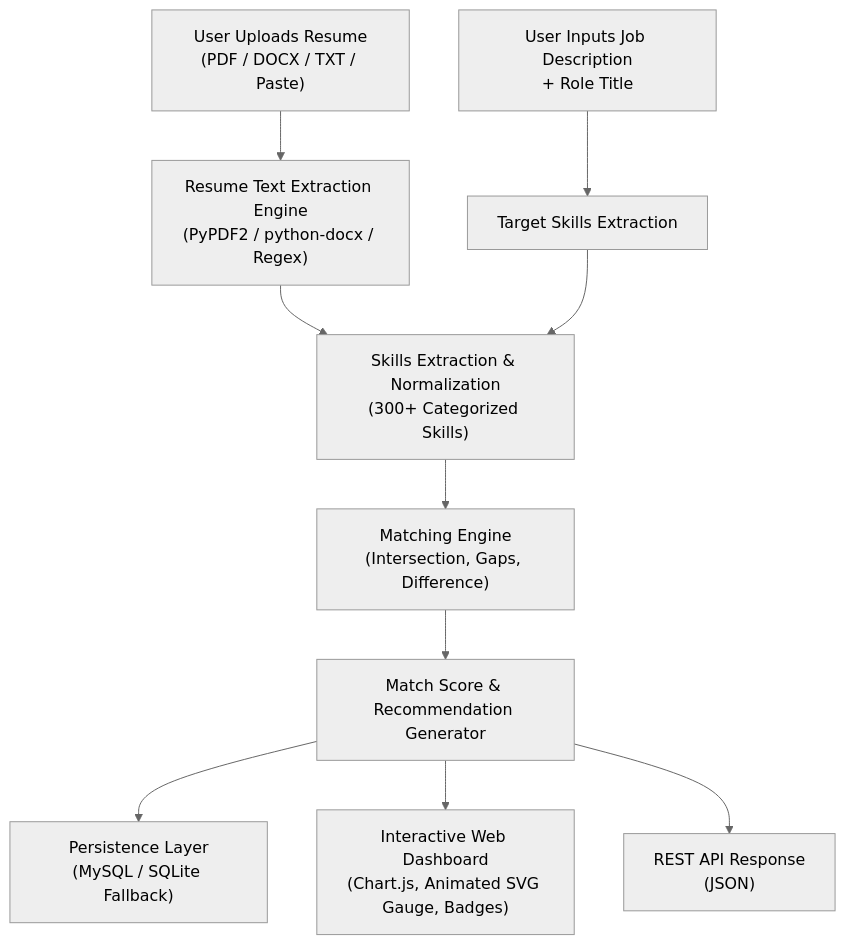
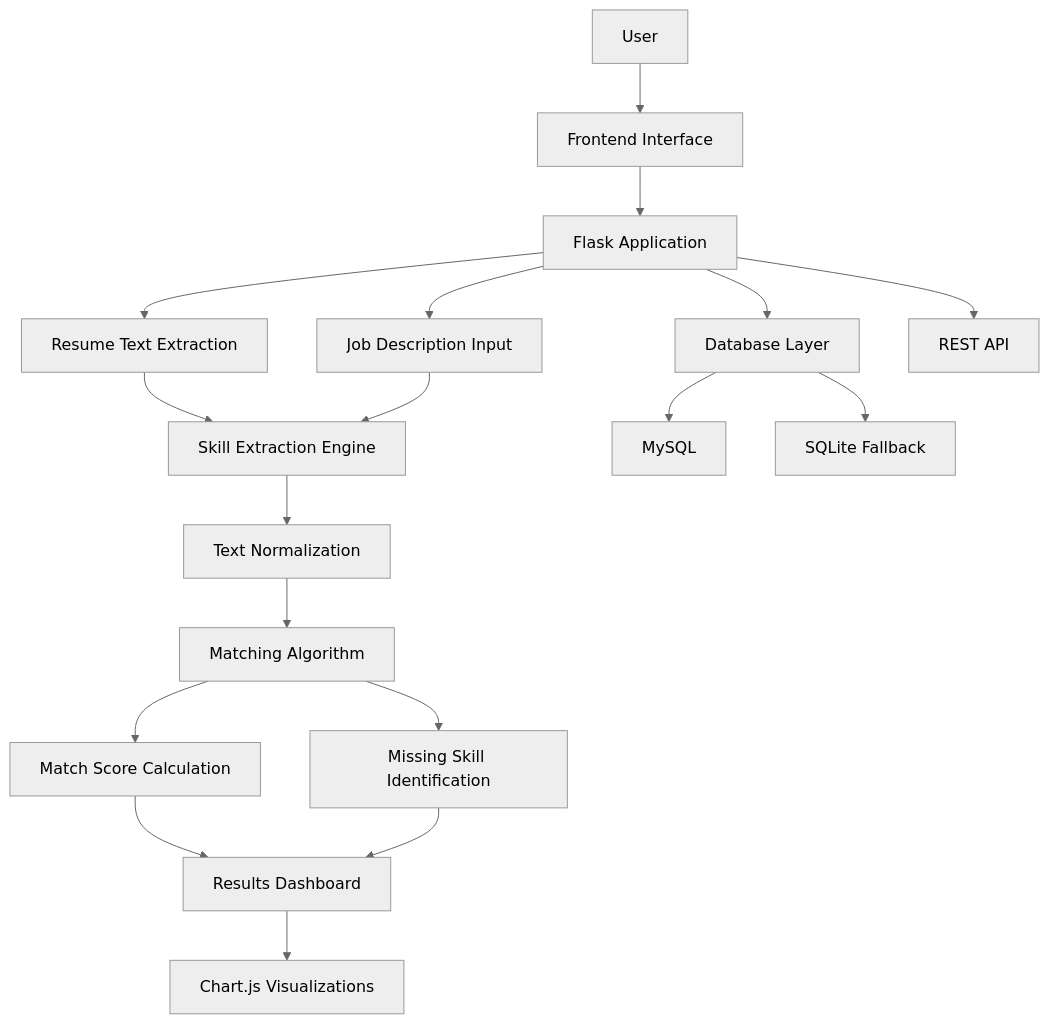
Before and after one commit to Cdev3/AI-resume-job-matcher: the diagram in README.md, drawn with Mermaid (neutral theme). The commit also changed other lines of this file, not shown here.

````diff
--- a/README.md
+++ b/README.md
@@ -69,12 +122,29 @@
 ```mermaid
 flowchart TD
-    A["User Uploads Resume\n(PDF / DOCX / TXT / Paste)"] --> B["Resume Text Extraction Engine\n(PyPDF2 / python-docx / Regex)"]
-    C["User Inputs Job Description\n+ Role Title"] --> D["Target Skills Extraction"]
-    B --> E["Skills Extraction & Normalization\n(300+ Categorized Skills)"]
-    D --> E
-    E --> F["Matching Engine\n(Intersection, Gaps, Difference)"]
-    F --> G["Match Score & Recommendation Generator"]
-    G --> H["Persistence Layer\n(MySQL / SQLite Fallback)"]
-    G --> I["Interactive Web Dashboard\n(Chart.js, Animated SVG Gauge, Badges)"]
-    G --> J["REST API Response\n(JSON)"]
+    A["User"] --> B["Frontend Interface"]
+
+    B --> C["Flask Application"]
+
+    C --> D["Resume Text Extraction"]
+    C --> E["Job Description Input"]
+
+    D --> F["Skill Extraction Engine"]
+    E --> F
+
+    F --> G["Text Normalization"]
+    G --> H["Matching Algorithm"]
+
+    H --> I["Match Score Calculation"]
+    H --> J["Missing Skill Identification"]
+
+    I --> K["Results Dashboard"]
+    J --> K
+
+    K --> L["Chart.js Visualizations"]
+
+    C --> M["Database Layer"]
+    M --> N["MySQL"]
+    M --> O["SQLite Fallback"]
+
+    C --> P["REST API"]
 ```
````
